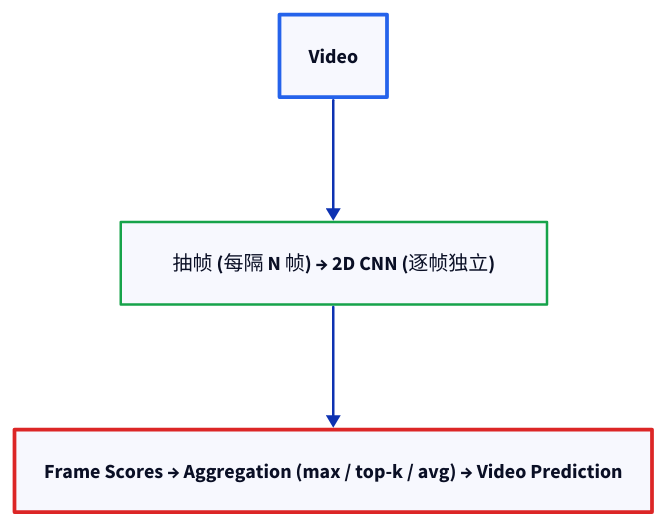
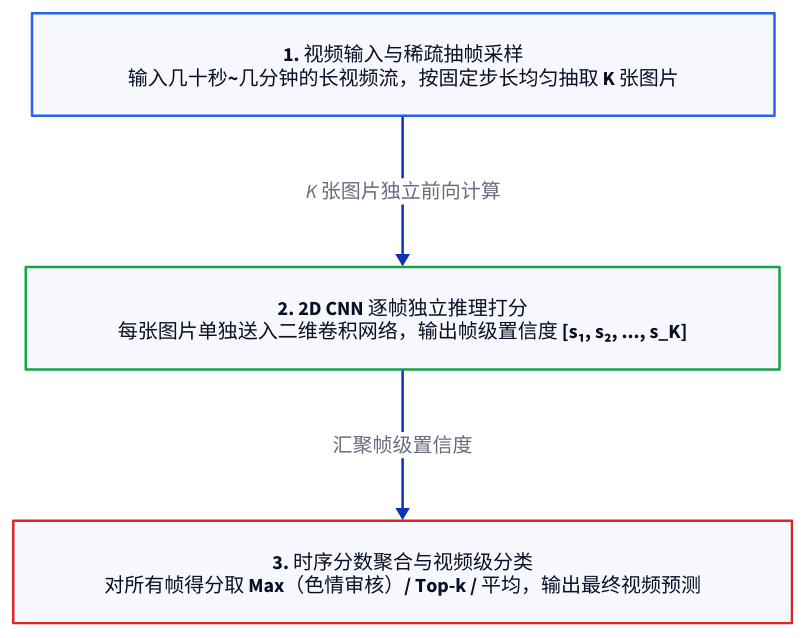
The diagram in images/video-does-not-need-video-model/frame-sampling-pipeline.d2 (111qqz/111qqz.github.io), drawn with D2 before and after one commit. The commit also changed 88 other files, not shown here.

Commit message:
fix: 重构视频模型文章时序卷积配图并沉淀去AI味写作规范 111qqz/hugo-blog@7e23add2dcdf2248195b39531fcc9392aa524177

```diff
--- a/images/video-does-not-need-video-model/frame-sampling-pipeline.d2
+++ b/images/video-does-not-need-video-model/frame-sampling-pipeline.d2
@@ -1,20 +1,22 @@
 direction: down
 
-video: Video {
+video_sample: "1. 视频输入与稀疏抽帧采样\n输入几十秒~几分钟的长视频流，按固定步长均匀抽取 K 张图片" {
+  style.stroke: "#2563eb"
+  style.stroke-width: 2
   style.bold: true
-  style.stroke: "#2563eb"
-  style.stroke-width: 3
 }
 
-process: "抽帧 (每隔 N 帧) → 2D CNN (逐帧独立)" {
+conv2d: "2. 2D CNN 逐帧独立推理打分\n每张图片单独送入二维卷积网络，输出帧级置信度 [s₁, s₂, ..., s_K]" {
   style.stroke: "#16a34a"
   style.stroke-width: 2
+  style.bold: true
 }
 
-agg: "Frame Scores → Aggregation (max / top-k / avg) → Video Prediction" {
+agg_pred: "3. 时序分数聚合与视频级分类\n对所有帧得分取 Max（色情审核）/ Top-k / 平均，输出最终视频预测" {
+  style.stroke: "#dc2626"
+  style.stroke-width: 2
   style.bold: true
-  style.stroke: "#dc2626"
-  style.stroke-width: 3
 }
 
-video -> process -> agg
+video_sample -> conv2d: "K 张图片独立前向计算"
+conv2d -> agg_pred: "汇聚帧级置信度"
```
